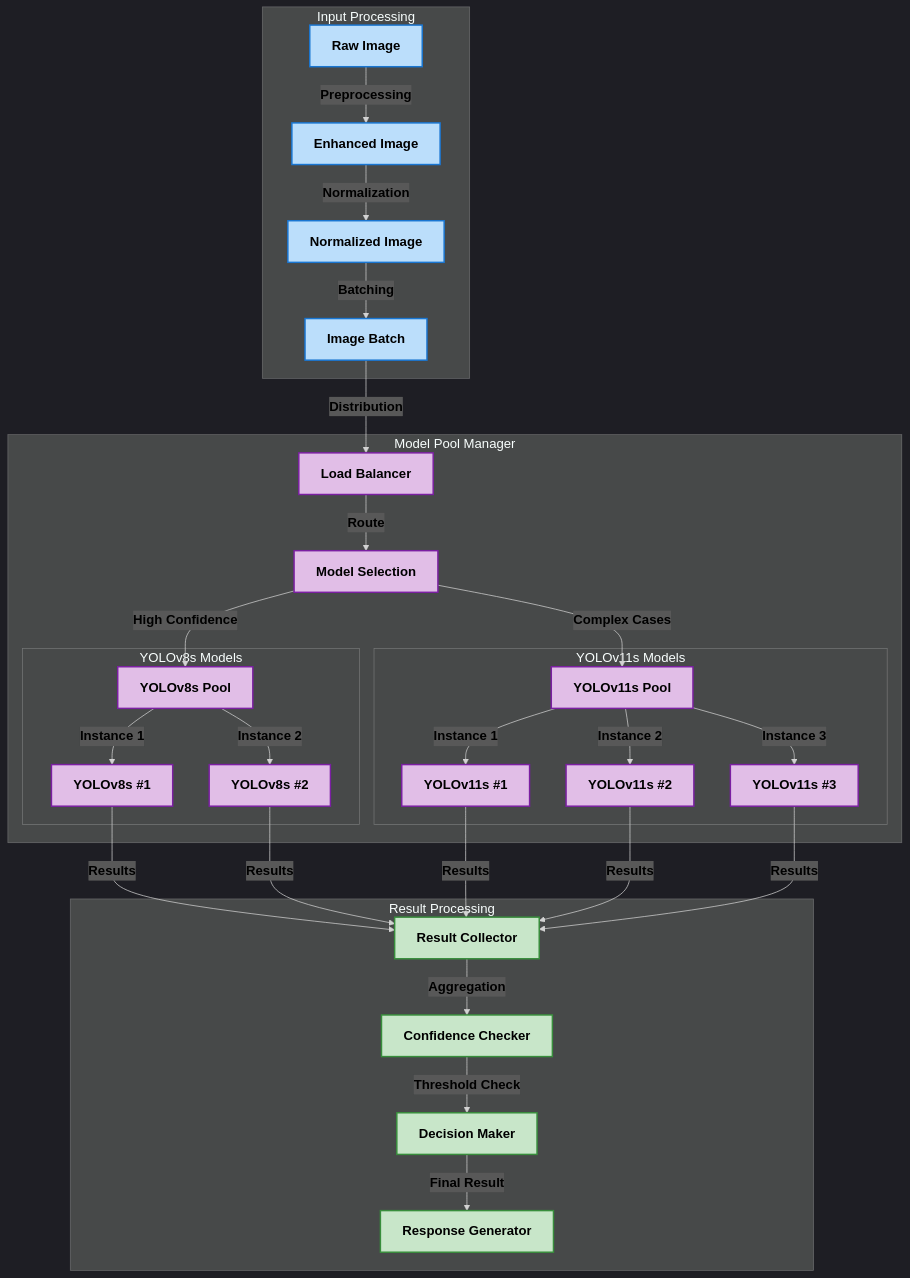
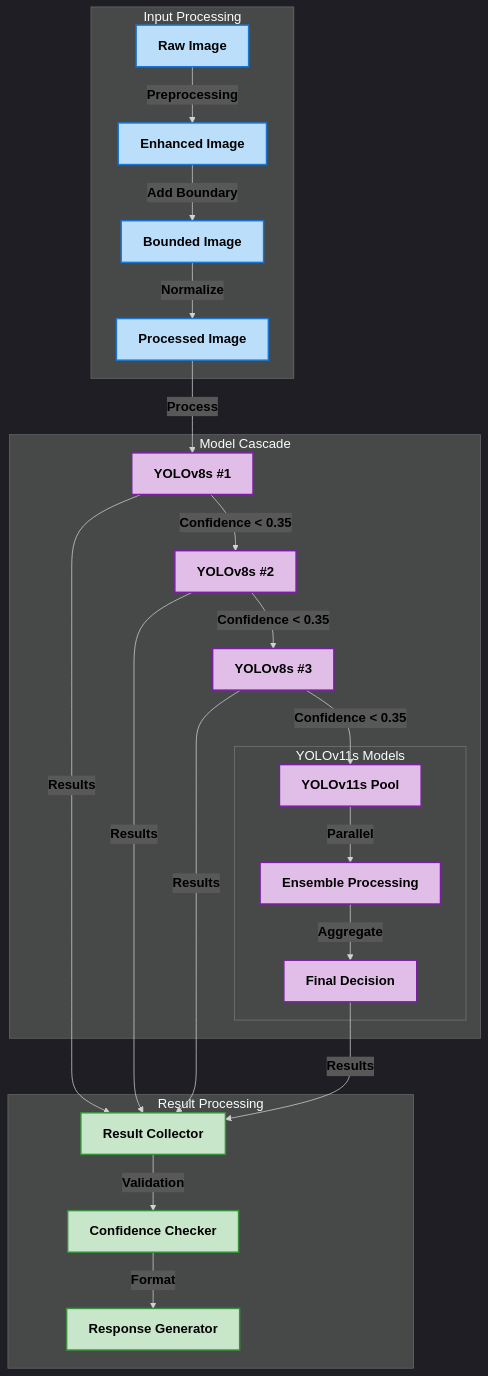
The diagram in docs/images/Model Architecture.mmd (Dhruv0306/SymphonyProject1), drawn with Mermaid before and after one commit. The commit also changed 19 other files, not shown here.

Commit message:
Update: Documentations + Diagrams

```diff
--- a/docs/images/Model Architecture.mmd
+++ b/docs/images/Model Architecture.mmd
@@ -1,53 +1,41 @@
 %%{init: {'theme': 'dark', 'themeVariables': { 'fontFamily': 'arial', 'fontSize': '18px', 'fontWeight': 'bold'}}}%%
 graph TD
     subgraph "Input Processing" 
         style A fill:#bbdefb,stroke:#1976d2,stroke-width:2px,color:#000000,font-weight:bold
         style B fill:#bbdefb,stroke:#1976d2,stroke-width:2px,color:#000000,font-weight:bold
         style C fill:#bbdefb,stroke:#1976d2,stroke-width:2px,color:#000000,font-weight:bold
         style D fill:#bbdefb,stroke:#1976d2,stroke-width:2px,color:#000000,font-weight:bold
         A[Raw Image] -->|Preprocessing| B[Enhanced Image]
-        B -->|Normalization| C[Normalized Image]
-        C -->|Batching| D[Image Batch]
+        B -->|Add Boundary| C[Bounded Image]
+        C -->|Normalize| D[Processed Image]
     end
 
-    subgraph "Model Pool Manager" 
+    subgraph "Model Cascade" 
         style E fill:#e1bee7,stroke:#7b1fa2,stroke-width:2px,color:#000000,font-weight:bold
         style F fill:#e1bee7,stroke:#7b1fa2,stroke-width:2px,color:#000000,font-weight:bold
         style G fill:#e1bee7,stroke:#7b1fa2,stroke-width:2px,color:#000000,font-weight:bold
         style H fill:#e1bee7,stroke:#7b1fa2,stroke-width:2px,color:#000000,font-weight:bold
-        style I1 fill:#e1bee7,stroke:#7b1fa2,stroke-width:2px,color:#000000,font-weight:bold
-        style I2 fill:#e1bee7,stroke:#7b1fa2,stroke-width:2px,color:#000000,font-weight:bold
-        style J1 fill:#e1bee7,stroke:#7b1fa2,stroke-width:2px,color:#000000,font-weight:bold
-        style J2 fill:#e1bee7,stroke:#7b1fa2,stroke-width:2px,color:#000000,font-weight:bold
-        style J3 fill:#e1bee7,stroke:#7b1fa2,stroke-width:2px,color:#000000,font-weight:bold
-        D -->|Distribution| E[Load Balancer]
-        E -->|Route| F[Model Selection]
-        
-        F -->|High Confidence| G[YOLOv8s Pool]
-        F -->|Complex Cases| H[YOLOv11s Pool]
-        
-        subgraph "YOLOv8s Models"
-            G -->|Instance 1| I1[YOLOv8s #1]
-            G -->|Instance 2| I2[YOLOv8s #2]
-        end
+        style I fill:#e1bee7,stroke:#7b1fa2,stroke-width:2px,color:#000000,font-weight:bold
+        style J fill:#e1bee7,stroke:#7b1fa2,stroke-width:2px,color:#000000,font-weight:bold
+        D -->|Process| E[YOLOv8s #1]
+        E -->|Confidence < 0.35| F[YOLOv8s #2]
+        F -->|Confidence < 0.35| G[YOLOv8s #3]
+        G -->|Confidence < 0.35| H[YOLOv11s Pool]
         
         subgraph "YOLOv11s Models"
-            H -->|Instance 1| J1[YOLOv11s #1]
-            H -->|Instance 2| J2[YOLOv11s #2]
-            H -->|Instance 3| J3[YOLOv11s #3]
+            H -->|Parallel| I[Ensemble Processing]
+            I -->|Aggregate| J[Final Decision]
         end
     end
 
     subgraph "Result Processing" 
         style K fill:#c8e6c9,stroke:#388e3c,stroke-width:2px,color:#000000,font-weight:bold
         style L fill:#c8e6c9,stroke:#388e3c,stroke-width:2px,color:#000000,font-weight:bold
         style M fill:#c8e6c9,stroke:#388e3c,stroke-width:2px,color:#000000,font-weight:bold
-        style N fill:#c8e6c9,stroke:#388e3c,stroke-width:2px,color:#000000,font-weight:bold
-        I1 & I2 & J1 & J2 & J3 -->|Results| K[Result Collector]
-        K -->|Aggregation| L[Confidence Checker]
-        L -->|Threshold Check| M[Decision Maker]
-        M -->|Final Result| N[Response Generator]
+        E & F & G & J -->|Results| K[Result Collector]
+        K -->|Validation| L[Confidence Checker]
+        L -->|Format| M[Response Generator]
     end
 
     %% Style all edge labels
     linkStyle default color:#000000,font-weight:bold
```
